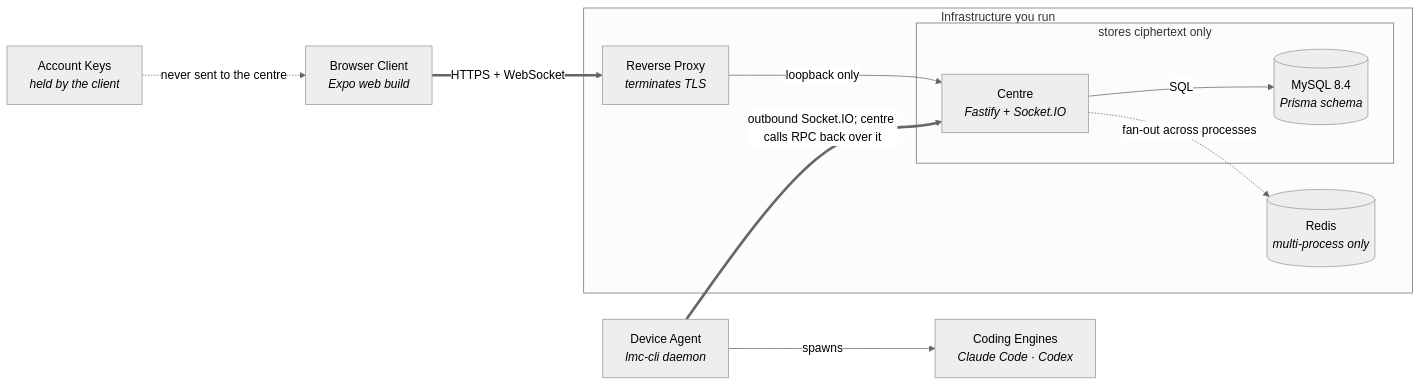
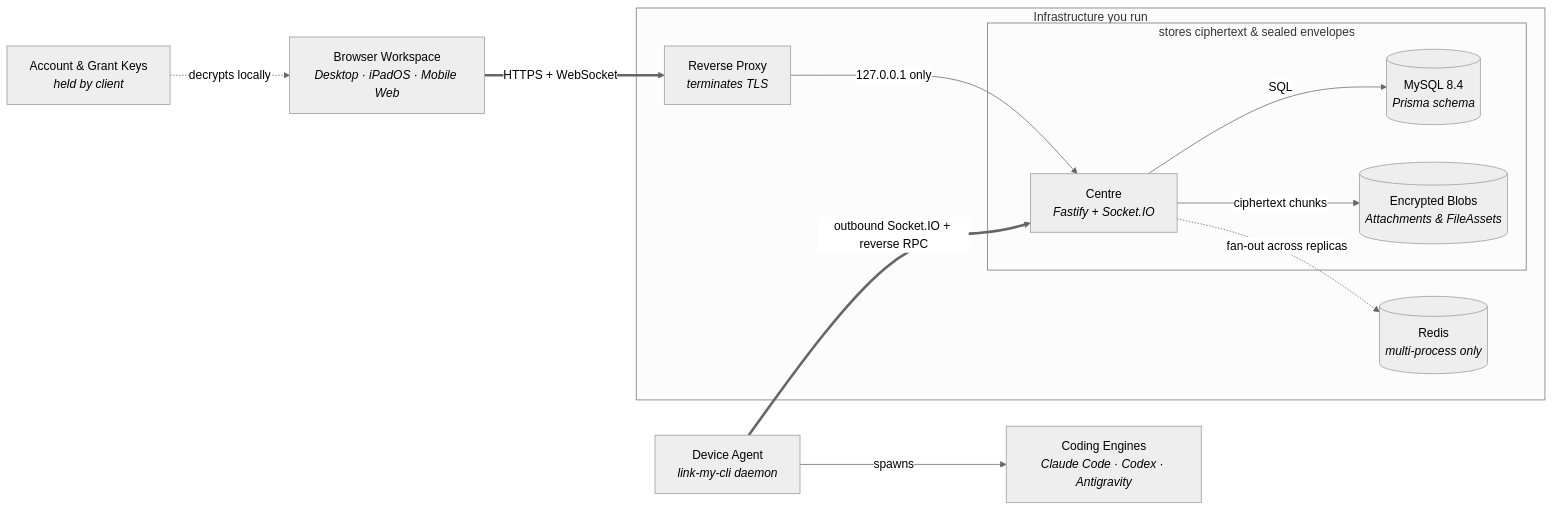
One commit to MoeAisaka/lmc-workspace changed the first of 3 diagrams in README.md. Above: the diagram before and after it, drawn with Mermaid (neutral theme). The commit also changed other lines of this file and 4 other files, not shown here.

Commit message:
docs: rewrite README and Chinese README for current multi-engine & multi-account workspace

````diff
--- a/README.md
+++ b/README.md
@@ -48,25 +35,27 @@
 ```mermaid
 flowchart LR
-    keys["Account Keys<br/><i>held by the client</i>"]
-    browser["Browser Client<br/><i>Expo web build</i>"]
+    keys["Account & Grant Keys<br/><i>held by client</i>"]
+    browser["Browser Workspace<br/><i>Desktop · iPadOS · Mobile Web</i>"]
 
     subgraph infra["Infrastructure you run"]
         proxy["Reverse Proxy<br/><i>terminates TLS</i>"]
-        subgraph cipher["stores ciphertext only"]
+        subgraph cipher["stores ciphertext & sealed envelopes"]
             centre["Centre<br/><i>Fastify + Socket.IO</i>"]
             mysql[("MySQL 8.4<br/><i>Prisma schema</i>")]
+            blobs[("Encrypted Blobs<br/><i>Attachments & FileAssets</i>")]
         end
         redis[("Redis<br/><i>multi-process only</i>")]
     end
 
-    agent["Device Agent<br/><i>lmc-cli daemon</i>"]
-    engines["Coding Engines<br/><i>Claude Code &middot; Codex</i>"]
+    agent["Device Agent<br/><i>link-my-cli daemon</i>"]
+    engines["Coding Engines<br/><i>Claude Code · Codex · Antigravity</i>"]
 
-    keys -. "never sent to the centre" .-> browser
+    keys -. "decrypts locally" .-> browser
     browser == "HTTPS + WebSocket" ==> proxy
-    proxy -- "loopback only" --> centre
+    proxy -- "127.0.0.1 only" --> centre
     centre -- SQL --> mysql
-    centre -. "fan-out across processes" .-> redis
-    agent == "outbound Socket.IO; centre calls RPC back over it" ==> centre
+    centre -- "ciphertext chunks" --> blobs
+    centre -. "fan-out across replicas" .-> redis
+    agent == "outbound Socket.IO + reverse RPC" ==> centre
     agent -- spawns --> engines
 ```
````
